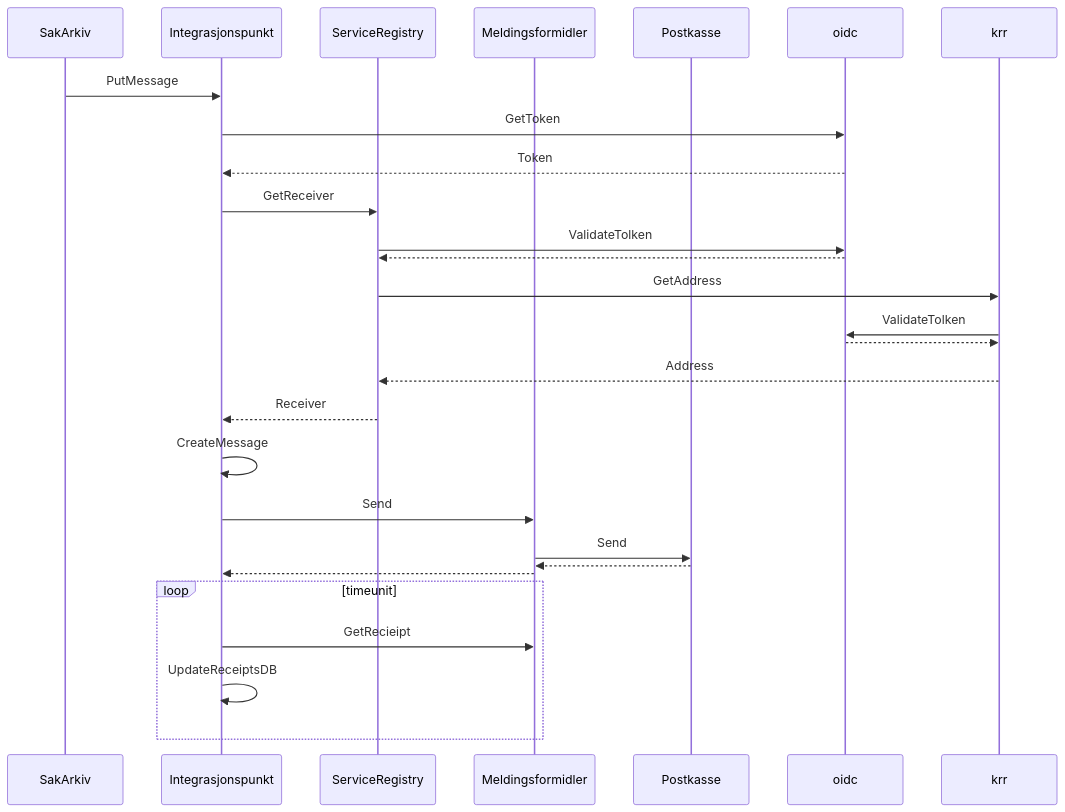
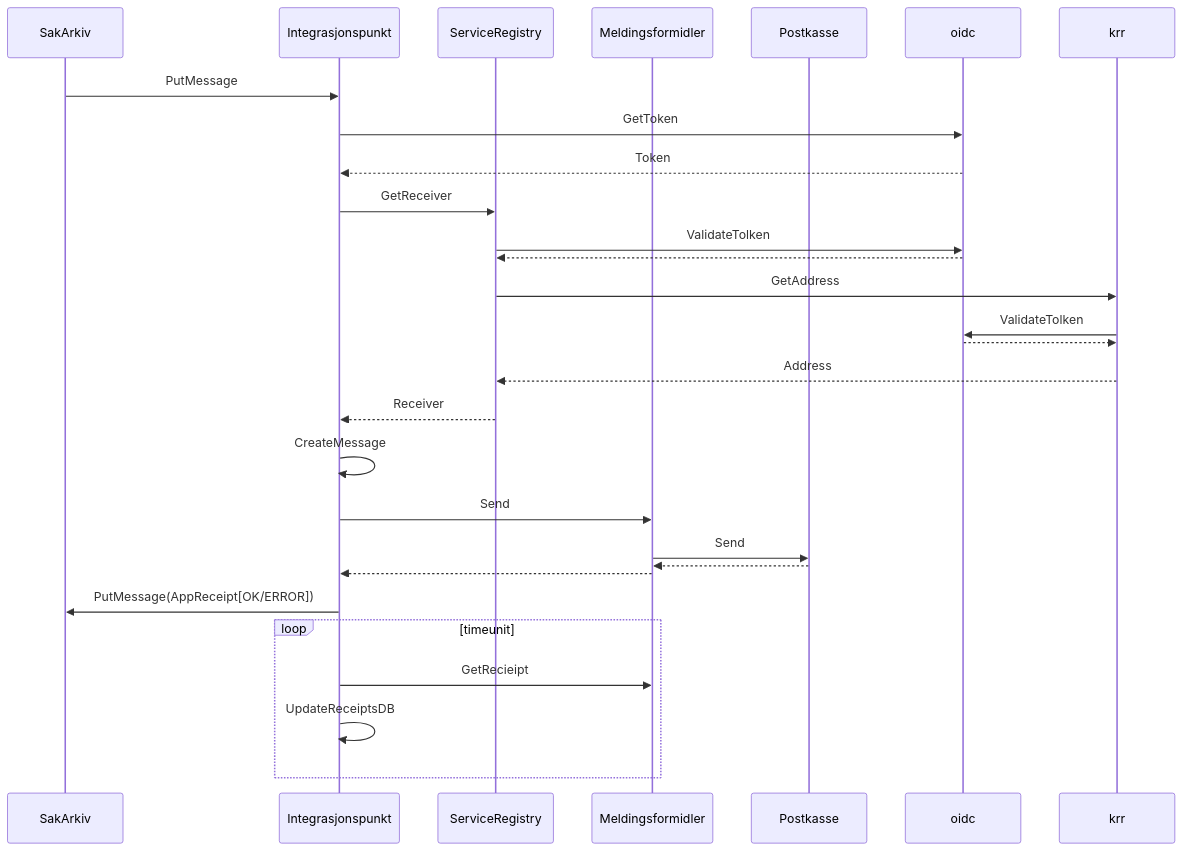
One commit to difi/eformidling changed the sixth of 9 diagrams in pages/Integrasjonspunktet/messagetypes.md. Above: the diagram before and after it, drawn with Mermaid. The commit also changed other lines of this file, not shown here.

```diff
--- a/pages/Integrasjonspunktet/messagetypes.md
+++ b/pages/Integrasjonspunktet/messagetypes.md
@@ -181,29 +183,30 @@
 <div class="mermaid">
 sequenceDiagram
     participant fs as SakArkiv
     participant ip as Integrasjonspunkt 
     participant sr as ServiceRegistry
     participant mf  as Meldingsformidler
     participant pk as Postkasse 
 
     fs->>ip: PutMessage
     ip->>oidc: GetToken
     oidc-->>ip: Token
     ip->>sr: GetReceiver
     sr->>oidc: ValidateTolken
     oidc-->>sr: 
     sr->>krr: GetAddress
     krr->>oidc: ValidateTolken
     oidc-->>krr: 
     krr-->>sr:Address
     sr-->>ip: Receiver
     ip->>ip: CreateMessage
     ip->>mf: Send
     mf->>pk:Send
     pk-->>mf: 
-    mf-->>ip: 
+    mf-->>ip:
+    ip->>fs: PutMessage(AppReceipt[OK/ERROR]) 
     loop timeunit 
         ip->>mf: GetRecieipt
         ip->>ip: UpdateReceiptsDB
     end 
 </div>
```
